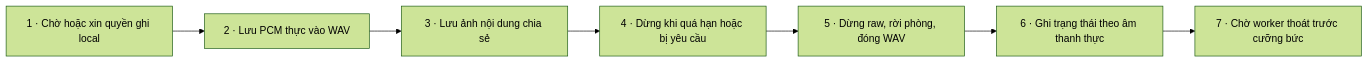
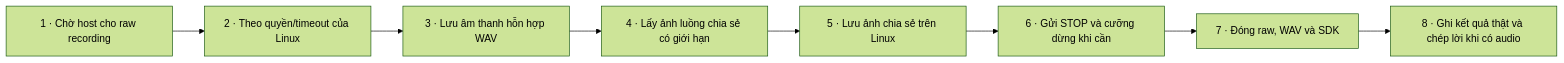
Before and after one commit to Thequancute215-sys/cun-zoom: diagram 16 of 22 in docs/WORKFLOW.md, drawn with Mermaid (forest theme). The commit also changed other lines of this file and 33 other files, not shown here.

Commit message:
Add account OTP and one-time license flow with deployment handover

````diff
--- a/docs/WORKFLOW.md
+++ b/docs/WORKFLOW.md
@@ -314,16 +516,18 @@
 ```mermaid
 flowchart LR
-  s1["1 · Chờ hoặc xin quyền ghi local"]
-  s2["2 · Lưu PCM thực vào WAV"]
+  s1["1 · Chờ host cho raw recording"]
+  s2["2 · Theo quyền/timeout của Linux"]
   s1 --> s2
-  s3["3 · Lưu ảnh nội dung chia sẻ"]
+  s3["3 · Lưu âm thanh hỗn hợp WAV"]
   s2 --> s3
-  s4["4 · Dừng khi quá hạn hoặc bị yêu cầu"]
+  s4["4 · Lấy ảnh luồng chia sẻ có giới hạn"]
   s3 --> s4
-  s5["5 · Dừng raw, rời phòng, đóng WAV"]
+  s5["5 · Lưu ảnh chia sẻ trên Linux"]
   s4 --> s5
-  s6["6 · Ghi trạng thái theo âm thanh thực"]
+  s6["6 · Gửi STOP và cưỡng dừng khi cần"]
   s5 --> s6
-  s7["7 · Chờ worker thoát trước cưỡng bức"]
+  s7["7 · Đóng raw, WAV và SDK"]
   s6 --> s7
+  s8["8 · Ghi kết quả thật và chép lời khi có audio"]
+  s7 --> s8
 ```
````
